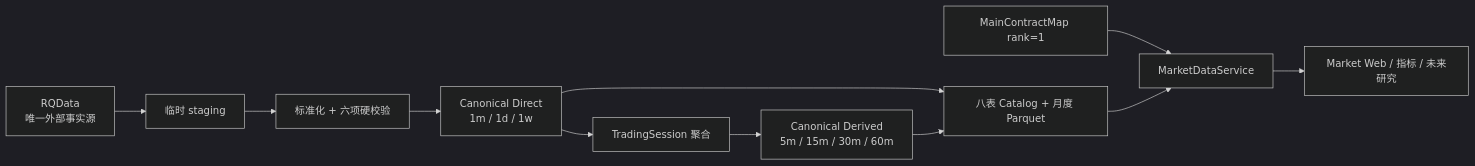
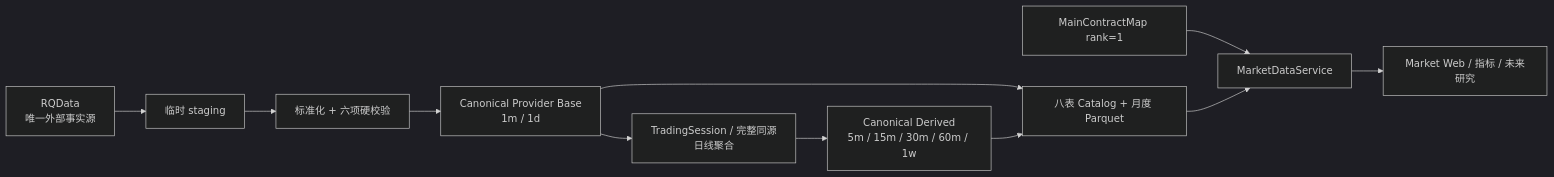
Before and after one commit to firehell/guiyi-quant-workstation: the second of 4 diagrams in docs/ARCHITECTURE.md, drawn with Mermaid (dark theme). The commit also changed 54 other files, not shown here.

````diff
--- a/docs/ARCHITECTURE.md
+++ b/docs/ARCHITECTURE.md
@@ -110,13 +110,13 @@
 ```mermaid
 flowchart LR
     RQ["RQData<br/>唯一外部事实源"] --> ST["临时 staging"]
     ST --> V["标准化 + 六项硬校验"]
-    V --> DD["Canonical Direct<br/>1m / 1d / 1w"]
-    DD --> AG["TradingSession 聚合"]
-    AG --> DV["Canonical Derived<br/>5m / 15m / 30m / 60m"]
+    V --> DD["Canonical Provider Base<br/>1m / 1d"]
+    DD --> AG["TradingSession / 完整同源日线聚合"]
+    AG --> DV["Canonical Derived<br/>5m / 15m / 30m / 60m / 1w"]
     DD --> CAT["八表 Catalog + 月度 Parquet"]
     DV --> CAT
     MAP["MainContractMap rank=1"] --> MDS["MarketDataService"]
     CAT --> MDS
     MDS --> CON["Market Web / 指标 / 未来研究"]
 ```
````
